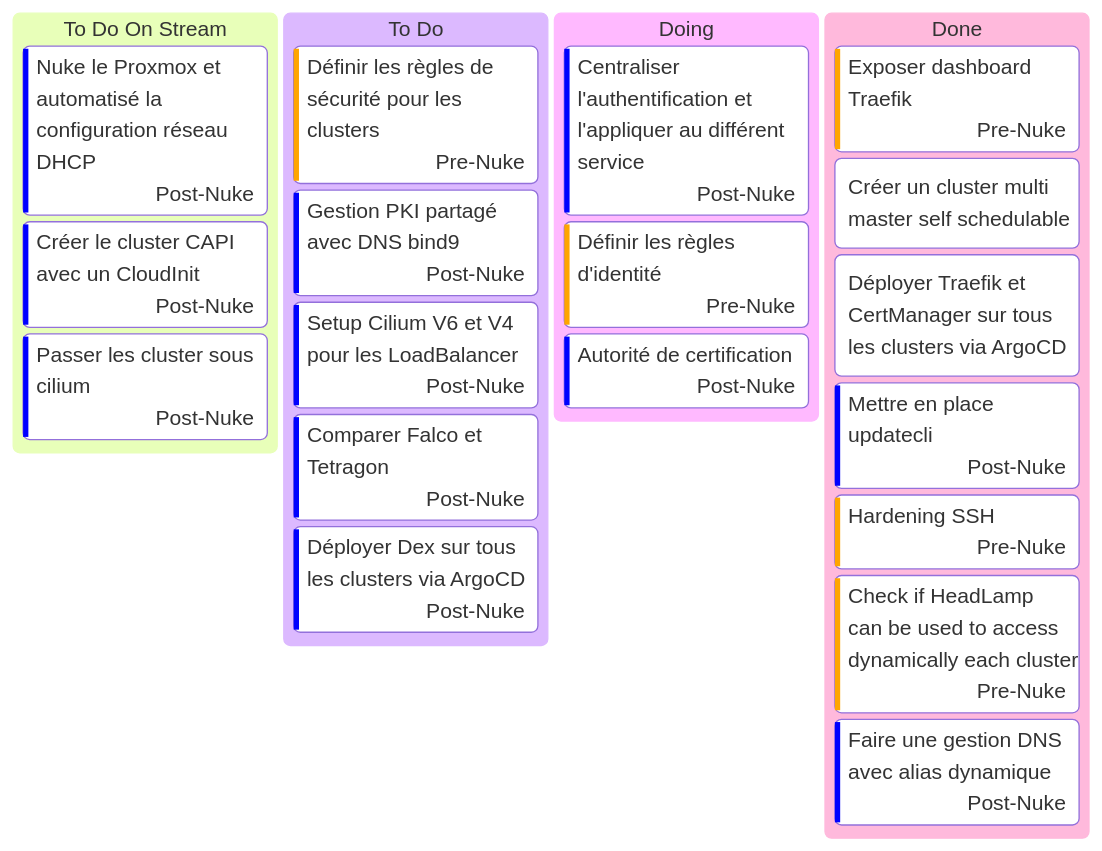
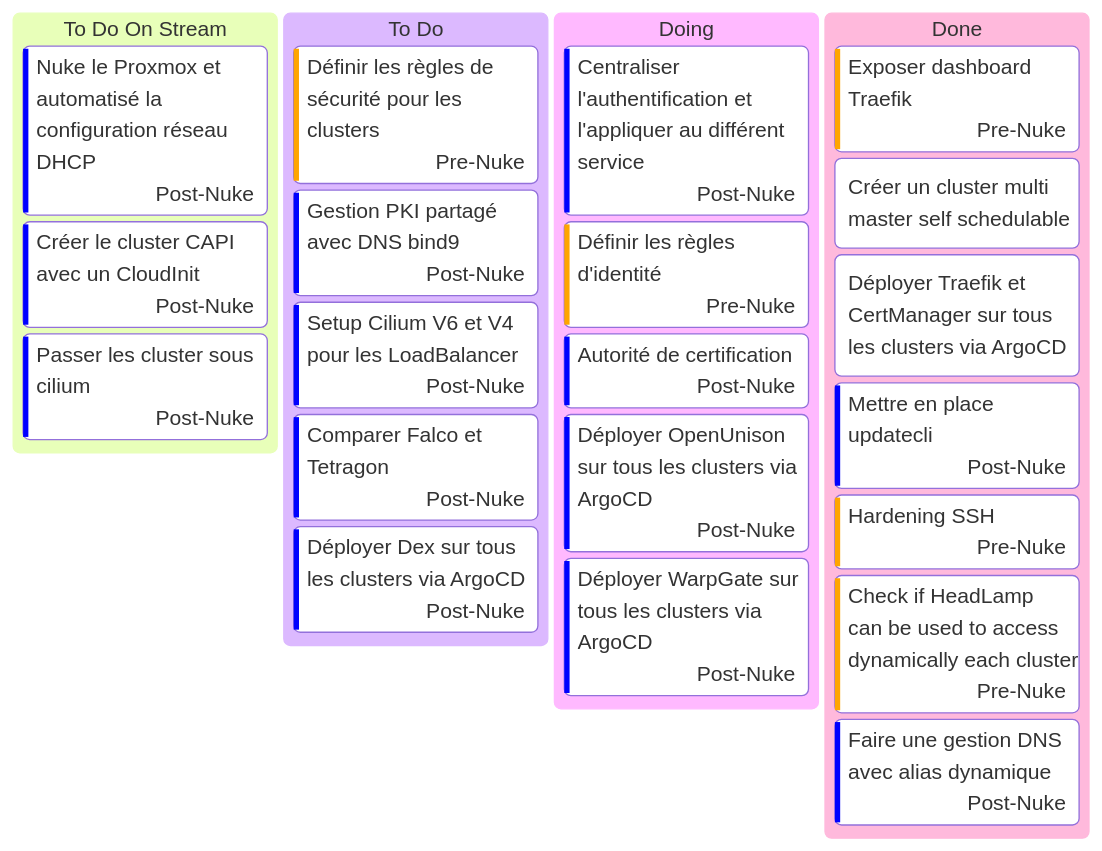
One commit to batleforc/weebo-si changed the diagram in 0.docs/0.introduction/kanban.md. Above: the diagram before and after it, drawn with Mermaid. The commit also changed 2 other files, not shown here.

Commit message:
feat: switch to argo.capi.weebo.poc

````diff
--- a/0.docs/0.introduction/kanban.md
+++ b/0.docs/0.introduction/kanban.md
@@ -3,31 +3,33 @@
 ```mermaid
 ---
 config:
   kanban:
     ticketBaseUrl: 'https://github.com/batleforc/weebo-si/issue/#TICKET#'
 ---
 
 kanban
   todoS[To Do On Stream]
     us4[Nuke le Proxmox et automatisé la configuration réseau DHCP]@{ assigned: Post-Nuke, priority: 'Low'}
     us5[Créer le cluster CAPI avec un CloudInit]@{ assigned: Post-Nuke, priority: 'Low'}
     us6[Passer les cluster sous cilium]@{ assigned: Post-Nuke, priority: 'Low'}
   todo[To Do]
     us3[Définir les règles de sécurité pour les clusters]@{ assigned: Pre-Nuke, priority: 'High'}
     us7[Gestion PKI partagé avec DNS bind9]@{ assigned: Post-Nuke, priority: 'Low'}
     use10[Setup Cilium V6 et V4 pour les LoadBalancer]@{ assigned: Post-Nuke, priority: 'Low'}
     us11[Comparer Falco et Tetragon]@{ assigned: Post-Nuke, priority: 'Low'}
     us14[Déployer Dex sur tous les clusters via ArgoCD]@{ assigned: Post-Nuke, priority: 'Low'}
   doing[Doing]
     use12[Centraliser l'authentification et l'appliquer au différent service]@{ assigned: Post-Nuke, priority: 'Low'}
     us8[Définir les règles d'identité]@{ assigned: Pre-Nuke, priority: 'High'}
     us16[Autorité de certification]@{ assigned: Post-Nuke, priority: 'Low'}
+    use17[Déployer OpenUnison sur tous les clusters via ArgoCD]@{ assigned: Post-Nuke, priority: 'Low'}
+    us18[Déployer WarpGate sur tous les clusters via ArgoCD]@{ assigned: Post-Nuke, priority: 'Low'}
   done[Done]
     us7[Exposer dashboard Traefik]@{ assigned: Pre-Nuke, priority: 'High'}
     us1[Créer un cluster multi master self schedulable]
     us2[Déployer Traefik et CertManager sur tous les clusters via ArgoCD]
     us9[Mettre en place updatecli]@{ assigned: Post-Nuke, priority: 'Low'}
     us13[Hardening SSH]@{ assigned: Pre-Nuke, priority: 'High'}
     use8[Check if HeadLamp can be used to access dynamically each cluster]@{ assigned: Pre-Nuke, priority: 'High'}
     us15[Faire une gestion DNS avec alias dynamique]@{ assigned: Post-Nuke, priority: 'Low'}
 ```
````
